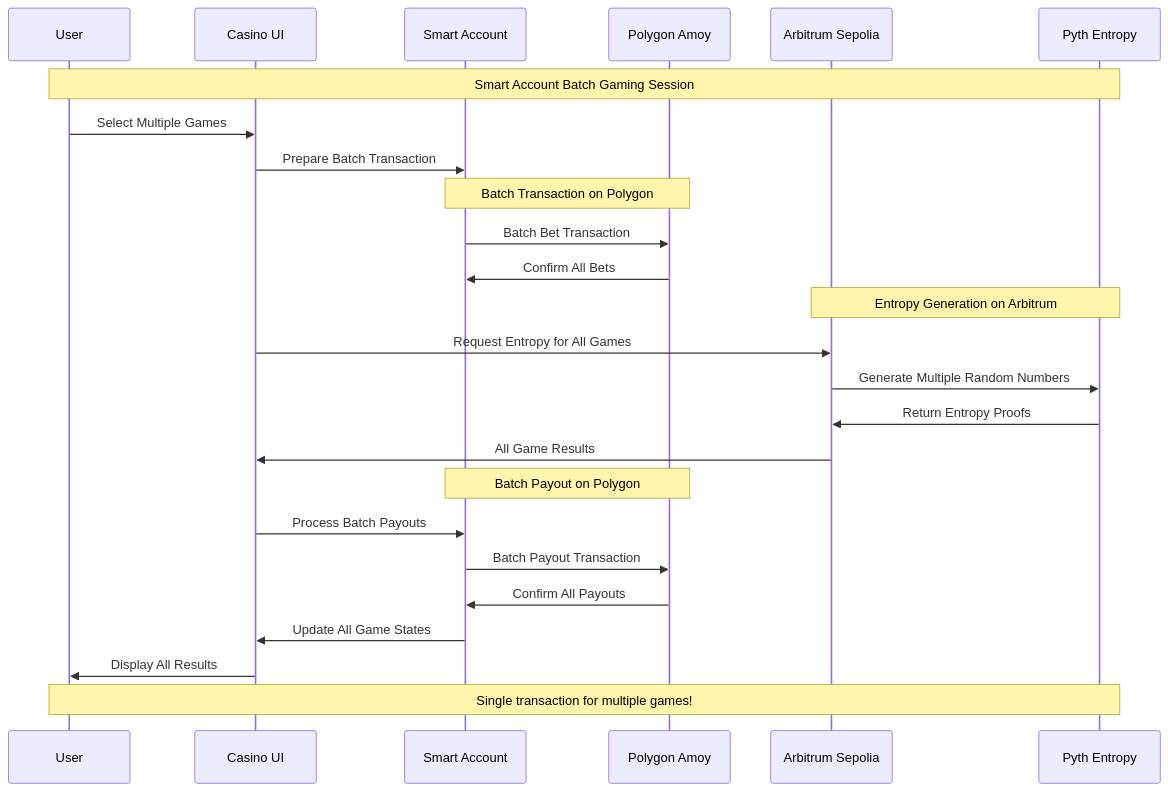
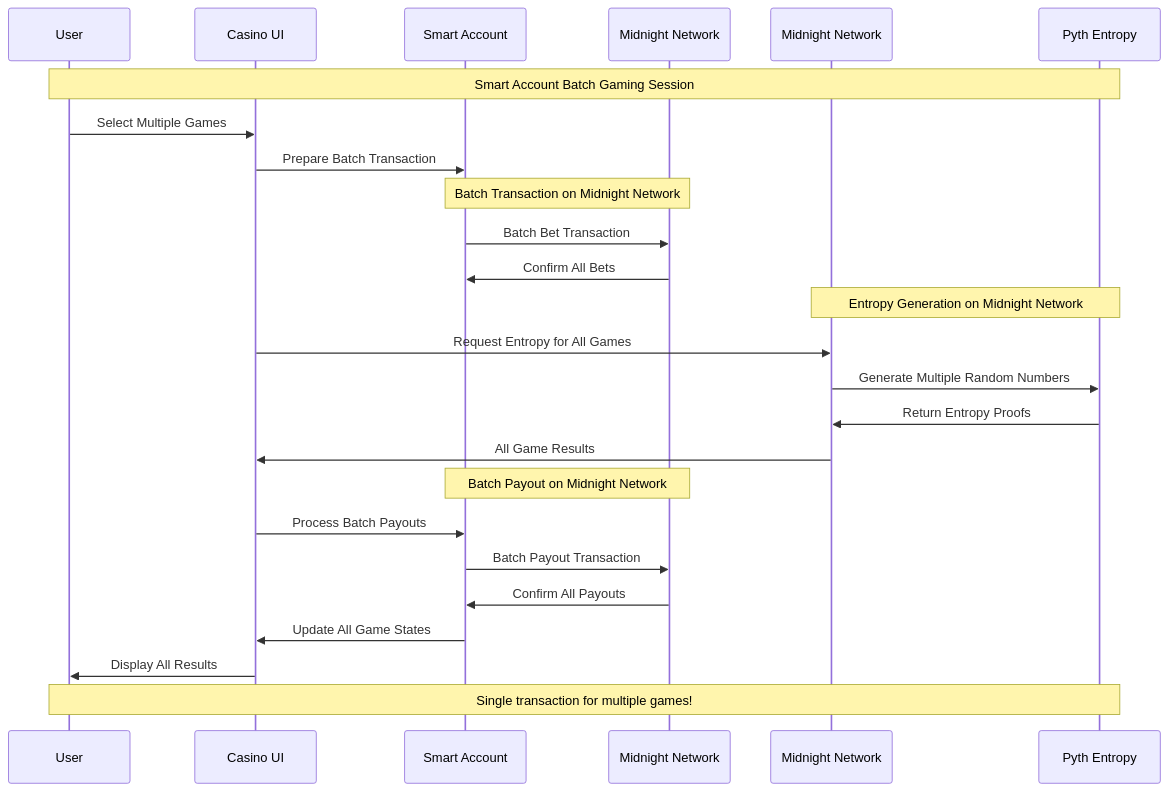
Before and after one commit to AmaanSayyad/Midnight-Casino: the fifth of 6 diagrams in README.md, drawn with Mermaid. The commit also changed other lines of this file and 2 other files, not shown here.

Commit message:
rebrand(midnight): establish baseline identity and theme scaffolding

````diff
--- a/README.md
+++ b/README.md
@@ -310,34 +310,34 @@
 ```mermaid
 sequenceDiagram
     participant U as User
     participant UI as Casino UI
     participant SA as Smart Account
-    participant PA as Polygon Amoy
-    participant AS as Arbitrum Sepolia
+    participant PA as Midnight Network
+    participant AS as Midnight Network
     participant PE as Pyth Entropy
     
     Note over U,PE: Smart Account Batch Gaming Session
     
     U->>UI: Select Multiple Games
     UI->>SA: Prepare Batch Transaction
     
-    Note over SA,PA: Batch Transaction on Polygon
+    Note over SA,PA: Batch Transaction on Midnight Network
     SA->>PA: Batch Bet Transaction
     PA->>SA: Confirm All Bets
     
-    Note over AS,PE: Entropy Generation on Arbitrum
+    Note over AS,PE: Entropy Generation on Midnight Network
     UI->>AS: Request Entropy for All Games
     AS->>PE: Generate Multiple Random Numbers
     PE->>AS: Return Entropy Proofs
     AS->>UI: All Game Results
     
-    Note over SA,PA: Batch Payout on Polygon
+    Note over SA,PA: Batch Payout on Midnight Network
     UI->>SA: Process Batch Payouts
     SA->>PA: Batch Payout Transaction
     PA->>SA: Confirm All Payouts
     
     SA->>UI: Update All Game States
     UI->>U: Display All Results
     
     Note over U,PE: Single transaction for multiple games!
 ```
````
